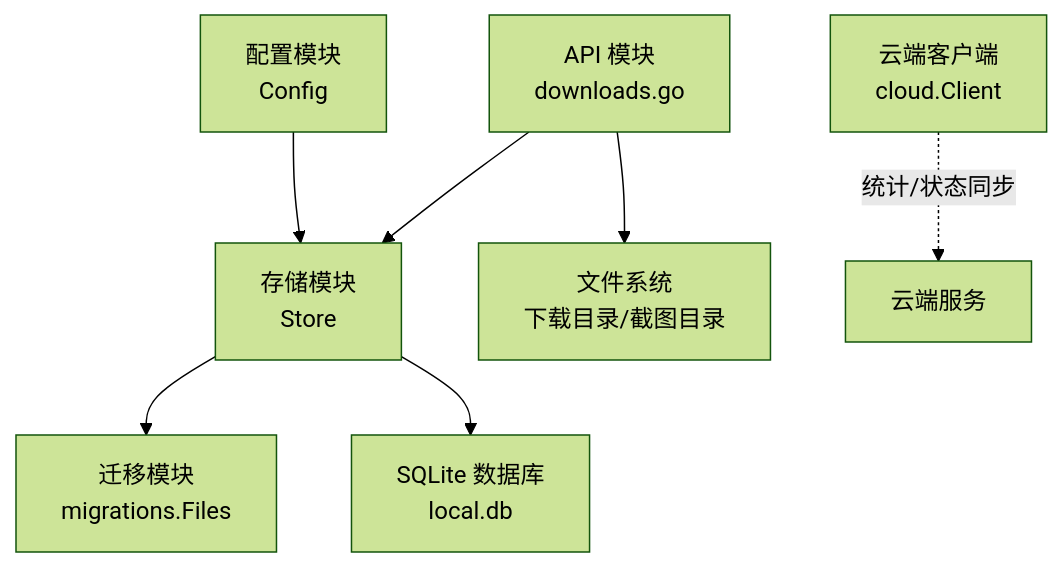
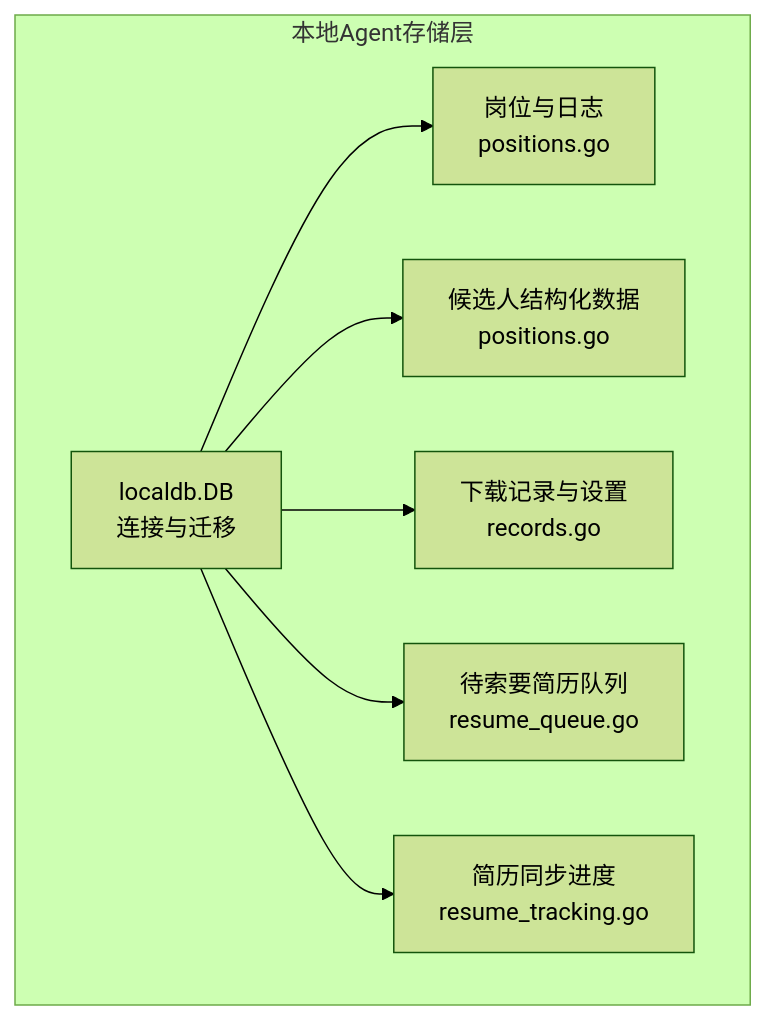
The first of 10 diagrams in .qoder/repowiki/zh/content/系统架构/本地Agent架构/数据存储层.md (alvinwangzi/goodhr), drawn with Mermaid (forest theme) before and after one commit. The commit also changed other lines of this file and 149 other files, not shown here.

````diff
--- a/.qoder/repowiki/zh/content/系统架构/本地Agent架构/数据存储层.md
+++ b/.qoder/repowiki/zh/content/系统架构/本地Agent架构/数据存储层.md
@@ -41,9 +37,10 @@
 ```mermaid
 graph TB
-A["配置模块<br/>Config"] --> B["存储模块<br/>Store"]
-B --> C["迁移模块<br/>migrations.Files"]
-B --> D["SQLite 数据库<br/>local.db"]
-E["API 模块<br/>downloads.go"] --> B
-E --> F["文件系统<br/>下载目录/截图目录"]
-G["云端客户端<br/>cloud.Client"] -.->|统计/状态同步| H["云端服务"]
+subgraph "本地Agent存储层"
+A["localdb.DB<br/>连接与迁移"] --> B["岗位与日志<br/>positions.go"]
+A --> C["候选人结构化数据<br/>positions.go"]
+A --> D["下载记录与设置<br/>records.go"]
+A --> E["待索要简历队列<br/>resume_queue.go"]
+A --> F["简历同步进度<br/>resume_tracking.go"]
+end
 ```
````
